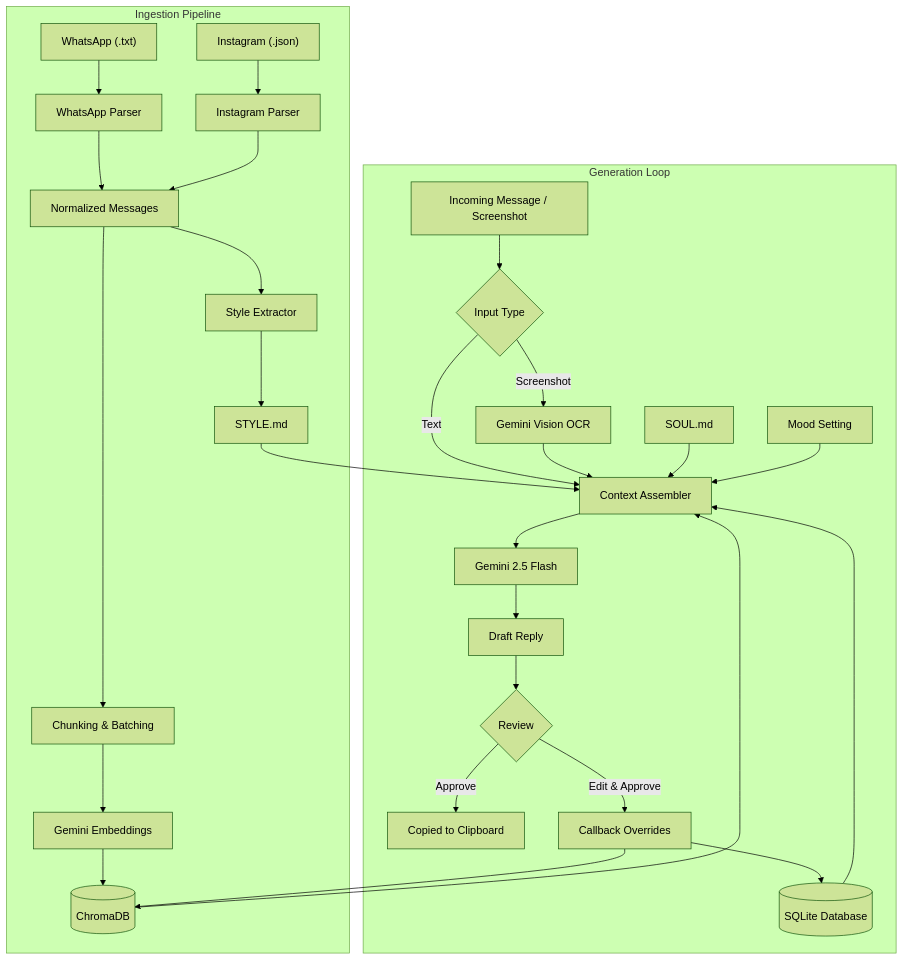
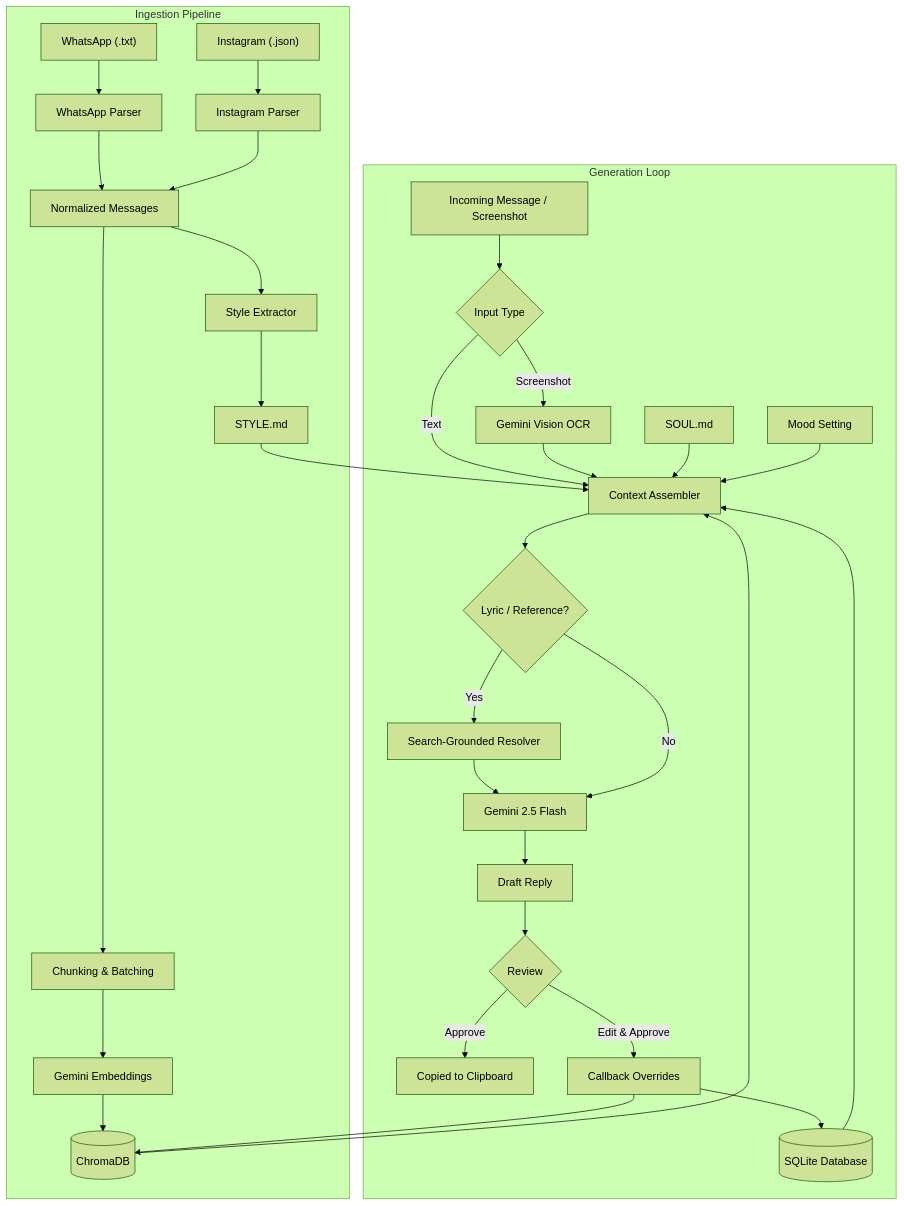
One commit to tezz-e/talking changed the diagram in README.md. Above: the diagram before and after it, drawn with Mermaid (forest theme). The commit also changed other lines of this file, not shown here.

Commit message:
Document lyric callback resolution and search-grounded continuations

````diff
--- a/README.md
+++ b/README.md
@@ -101,33 +120,36 @@
 ```mermaid
 flowchart TD
     subgraph Ingestion ["Ingestion Pipeline"]
         A1["WhatsApp (.txt)"] --> B1["WhatsApp Parser"]
         A2["Instagram (.json)"] --> B2["Instagram Parser"]
         B1 --> C["Normalized Messages"]
         B2 --> C
         C --> D["Style Extractor"]
         D --> E["STYLE.md"]
         C --> F["Chunking & Batching"]
         F --> G["Gemini Embeddings"]
         G --> H[("ChromaDB")]
     end
 
     subgraph Generation ["Generation Loop"]
         I["Incoming Message / Screenshot"] --> J{"Input Type"}
         J -->|Screenshot| K["Gemini Vision OCR"]
         J -->|Text| L["Context Assembler"]
         K --> L
         M[("SQLite Database")] --> L
         H --> L
         N["SOUL.md"] --> L
         E --> L
         O["Mood Setting"] --> L
-        L --> P["Gemini 2.5 Flash"]
+        L --> U{"Lyric / Reference?"}
+        U -->|Yes| V["Search-Grounded Resolver"]
+        V --> P["Gemini 2.5 Flash"]
+        U -->|No| P
         P --> Q["Draft Reply"]
         Q --> R{"Review"}
         R -->|Approve| S["Copied to Clipboard"]
         R -->|Edit & Approve| T["Callback Overrides"]
         T --> M
         T --> H
     end
 ```
````
